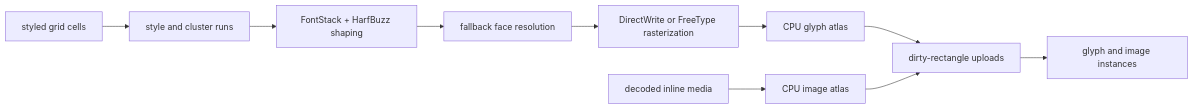
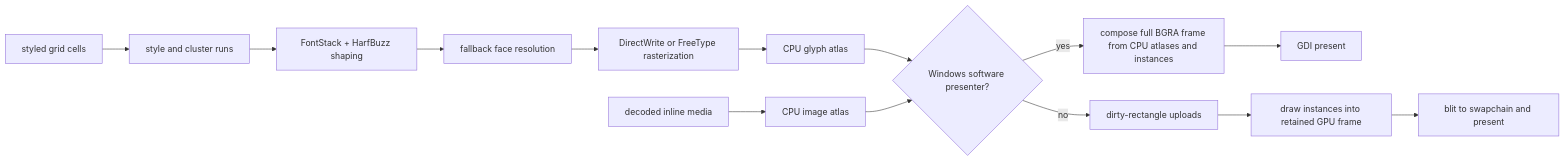
One commit to D0n9X1n/SonicTerm changed the first of 2 diagrams in wiki/Rendering-and-Fonts.md. Above: the diagram before and after it, drawn with Mermaid. The commit also changed other lines of this file and 46 other files, not shown here.

````diff
--- a/wiki/Rendering-and-Fonts.md
+++ b/wiki/Rendering-and-Fonts.md
@@ -11,12 +11,16 @@
 ```mermaid
 flowchart LR
     grid["styled grid cells"] --> runs["style and cluster runs"]
     runs --> shape["FontStack + HarfBuzz shaping"]
     shape --> fallback["fallback face resolution"]
     fallback --> raster["DirectWrite or FreeType rasterization"]
     raster --> glyphAtlas["CPU glyph atlas"]
     media["decoded inline media"] --> imageAtlas["CPU image atlas"]
-    glyphAtlas --> upload["dirty-rectangle uploads"]
-    imageAtlas --> upload
-    upload --> draw["glyph and image instances"]
+    glyphAtlas --> presenter{"Windows software presenter?"}
+    imageAtlas --> presenter
+    presenter -- yes --> cpu["compose full BGRA frame from CPU atlases and instances"]
+    cpu --> gdi["GDI present"]
+    presenter -- no --> upload["dirty-rectangle uploads"]
+    upload --> gpu["draw instances into retained GPU frame"]
+    gpu --> blit["blit to swapchain and present"]
 ```
````
